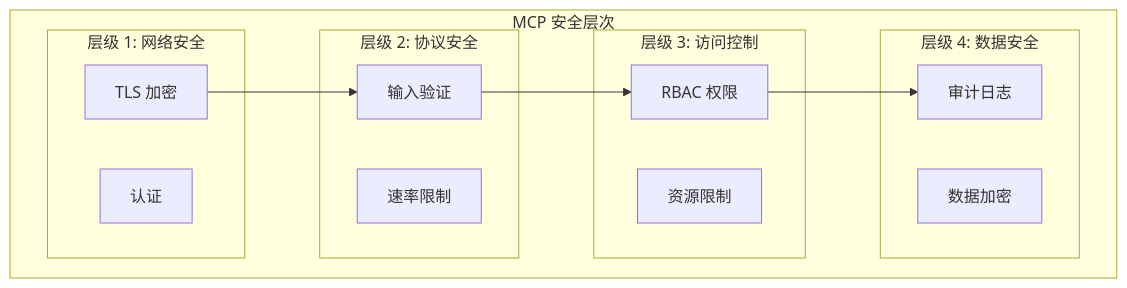
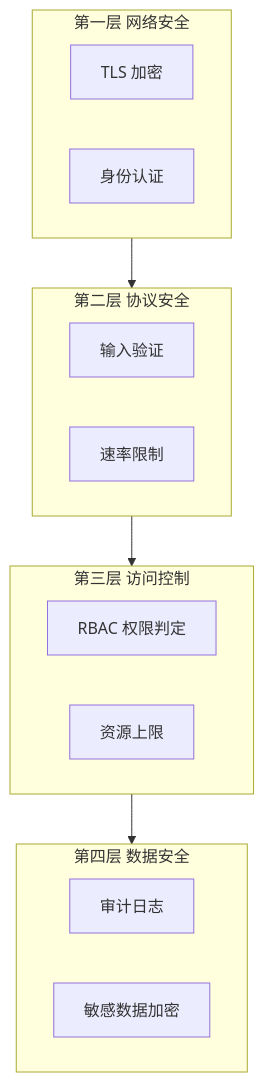
One commit to Shyu-x/frontend-interview changed the second of 7 diagrams in docs/agent/mcp/mcp-security-config.md. Above: the diagram before and after it, drawn with Mermaid. The commit also changed other lines of this file and 58 other files, not shown here.

````diff
--- a/docs/agent/mcp/mcp-security-config.md
+++ b/docs/agent/mcp/mcp-security-config.md
@@ -18,28 +63,22 @@
 ```mermaid
 flowchart TB
-    subgraph Security["MCP 安全层次"]
-        subgraph L1["层级 1: 网络安全"]
-            TLS["TLS 加密"]
-            Auth["认证"]
-        end
-        
-        subgraph L2["层级 2: 协议安全"]
-            Validate["输入验证"]
-            Rate["速率限制"]
-        end
-        
-        subgraph L3["层级 3: 访问控制"]
-            RBAC["RBAC 权限"]
-            Resources["资源限制"]
-        end
-        
-        subgraph L4["层级 4: 数据安全"]
-            Audit["审计日志"]
-            Encrypt["数据加密"]
-        end
+    subgraph L1["第一层 网络安全"]
+        TLS["TLS 加密"]
+        AUTHN["身份认证"]
     end
-    
-    TLS --> Validate
-    Validate --> RBAC
-    RBAC --> Audit
+    subgraph L2["第二层 协议安全"]
+        VALIDATE["输入验证"]
+        RATE["速率限制"]
+    end
+    subgraph L3["第三层 访问控制"]
+        RBAC["RBAC 权限判定"]
+        LIMIT["资源上限"]
+    end
+    subgraph L4["第四层 数据安全"]
+        AUDIT["审计日志"]
+        ENCRYPT["敏感数据加密"]
+    end
+    L1 --> L2
+    L2 --> L3
+    L3 --> L4
 ```
````
